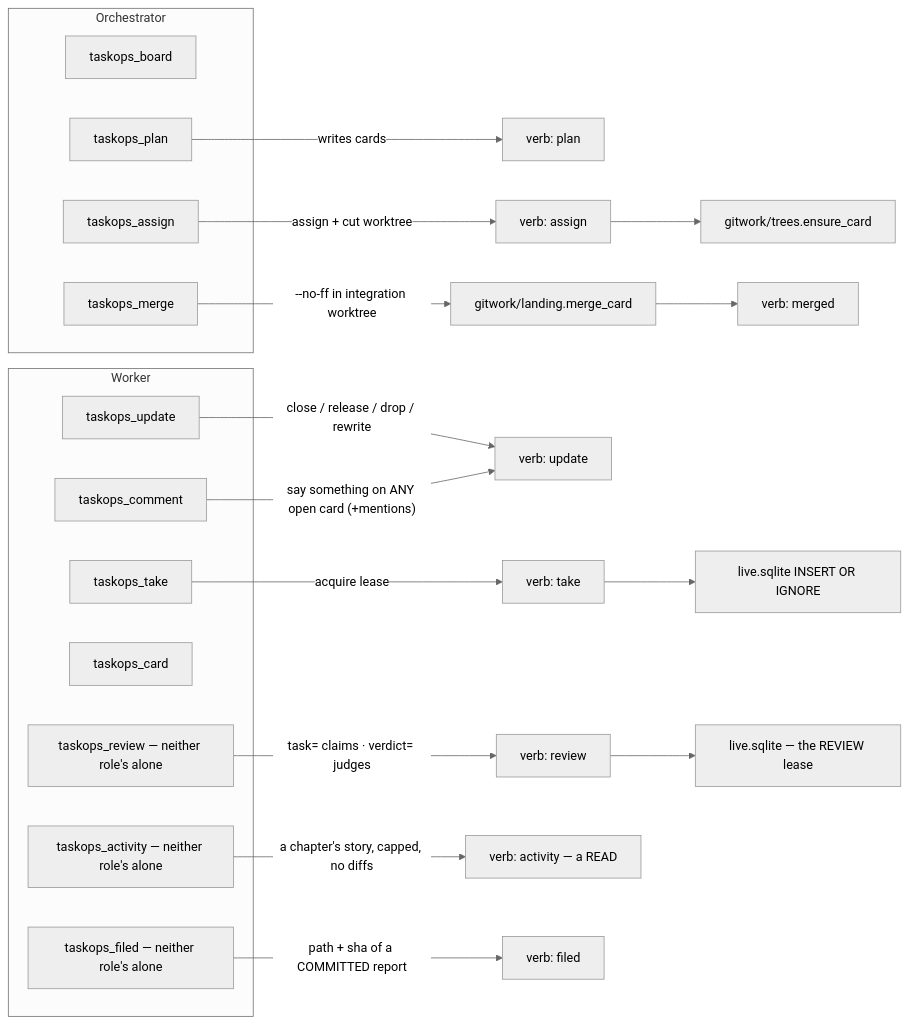
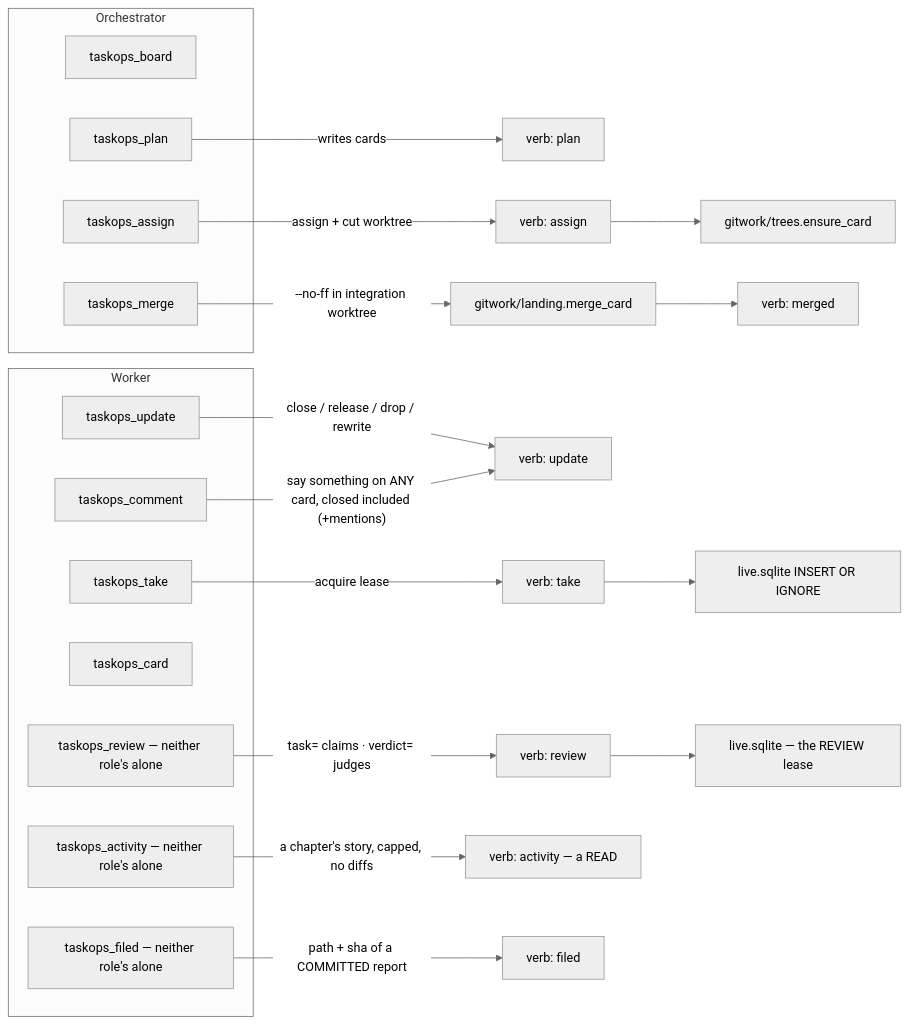
One commit to bernatch22/taskops changed the fifth of 8 diagrams in ARCHITECTURE.md. Above: the diagram before and after it, drawn with Mermaid (neutral theme). The commit also changed 7 other files, not shown here.

First line of the commit message:
a comment on a closed card lands; only the mention is dropped

````diff
--- a/ARCHITECTURE.md
+++ b/ARCHITECTURE.md
@@ -678,27 +678,27 @@
 ```mermaid
 flowchart LR
     subgraph Orchestrator
         board_o["taskops_board"]
         plan_t["taskops_plan"]
         dispatch_t["taskops_assign"]
         merge_t["taskops_merge"]
     end
     subgraph Worker
         take_t["taskops_take"]
         update_t["taskops_update"]
         comment_t["taskops_comment"]
         card_t["taskops_card"]
         review_t["taskops_review — neither role's alone"]
         activity_t["taskops_activity — neither role's alone"]
         filed_t["taskops_filed — neither role's alone"]
     end
     plan_t -->|"writes cards"| verbP["verb: plan"]
     dispatch_t -->|"assign + cut worktree"| verbA["verb: assign"] --> gitA["gitwork/trees.ensure_card"]
     take_t -->|"acquire lease"| verbT["verb: take"] --> liveT["live.sqlite INSERT OR IGNORE"]
     update_t -->|"close / release / drop / rewrite"| verbU["verb: update"]
-    comment_t -->|"say something on ANY open card (+mentions)"| verbU
+    comment_t -->|"say something on ANY card, closed included (+mentions)"| verbU
     review_t -->|"task= claims · verdict= judges"| verbR["verb: review"] --> liveR["live.sqlite — the REVIEW lease"]
     merge_t -->|"--no-ff in integration worktree"| gitM["gitwork/landing.merge_card"] --> verbM["verb: merged"]
     activity_t -->|"a chapter's story, capped, no diffs"| verbAc["verb: activity — a READ"]
     filed_t -->|"path + sha of a COMMITTED report"| verbF["verb: filed"]
 ```
````
